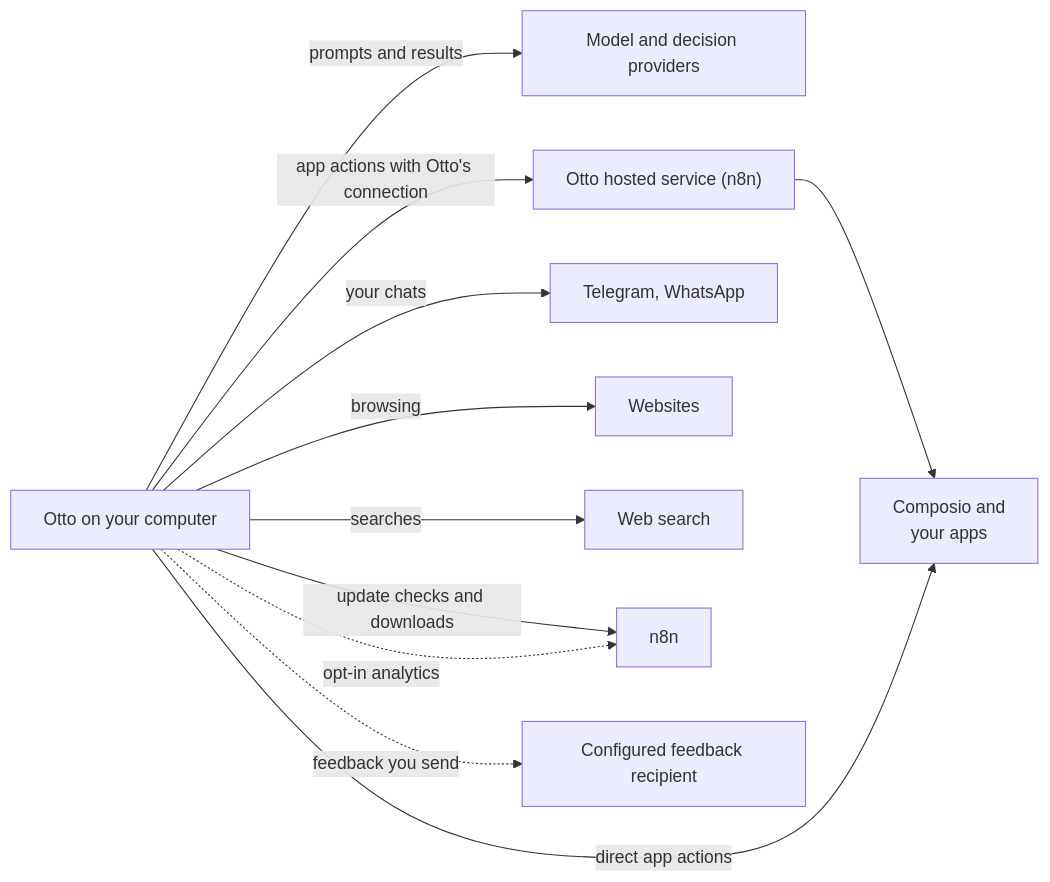
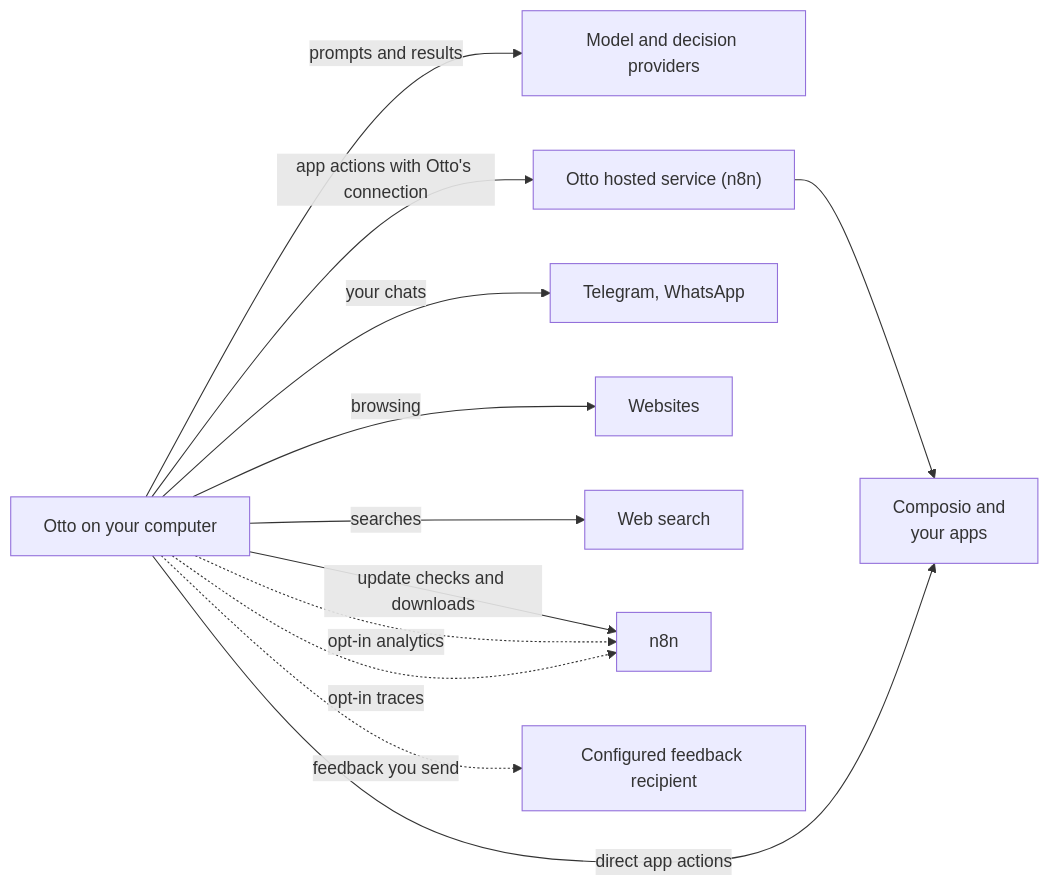
The diagram in docs/src/content/docs/trust/privacy.md (KrishBhimani/nod), drawn with Mermaid before and after one commit. The commit also changed other lines of this file and 39 other files, not shown here.

````diff
--- a/docs/src/content/docs/trust/privacy.md
+++ b/docs/src/content/docs/trust/privacy.md
@@ -27,14 +27,15 @@
 ```mermaid
 flowchart LR
   otto[Otto on your computer]:::accent
   otto -- prompts and results --> model[Model and decision providers]
   otto -- app actions with Otto's connection --> managed["Otto hosted service (n8n)"]
   managed --> apps[Composio and<br/>your apps]
   otto -- direct app actions --> apps
   otto -- your chats --> chat[Telegram, WhatsApp]
   otto -- browsing --> web[Websites]
   otto -- searches --> search[Web search]
   otto -- update checks and downloads --> n8n[n8n]:::muted
   otto -. opt-in analytics .-> n8n[n8n]:::muted
+  otto -. opt-in traces .-> n8n[n8n]:::muted
   otto -. feedback you send .-> feedback[Configured feedback recipient]:::muted
 ```
````
